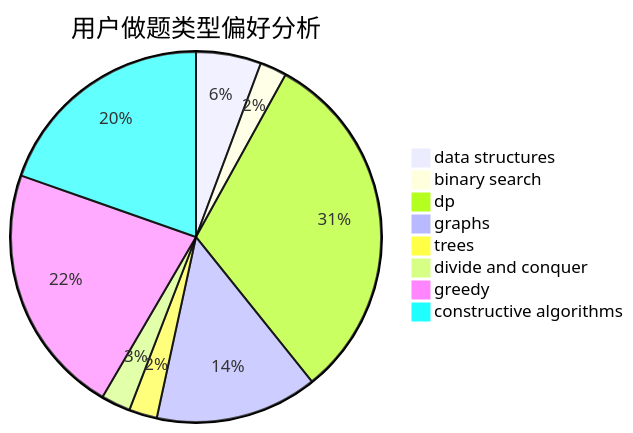
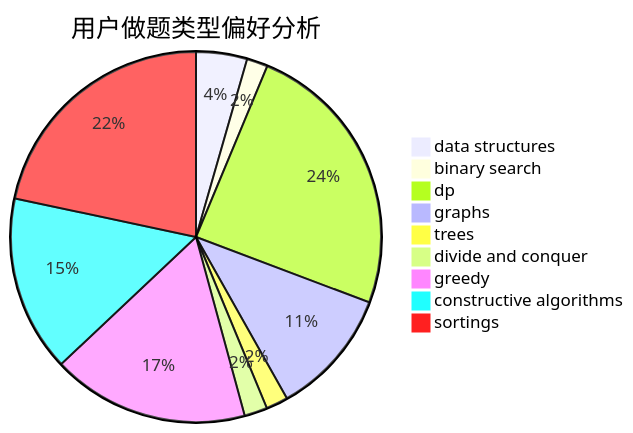
The second of 3 diagrams in docs/user/u807.md (sherpahu/cfrs.github.io), drawn with Mermaid before and after one commit. The commit also changed other lines of this file and 2769 other files, not shown here.

````diff
--- a/docs/user/u807.md
+++ b/docs/user/u807.md
@@ -23,11 +18,12 @@
 ```mermaid
 pie title 用户做题类型偏好分析
     "data structures" :  51
     "binary search" :  21
     "dp" :  280
     "graphs" :  127
     "trees" :  22
     "divide and conquer" :  23
     "greedy" :  197
     "constructive algorithms" :  176
+    "sortings" :  248
 ```
````
